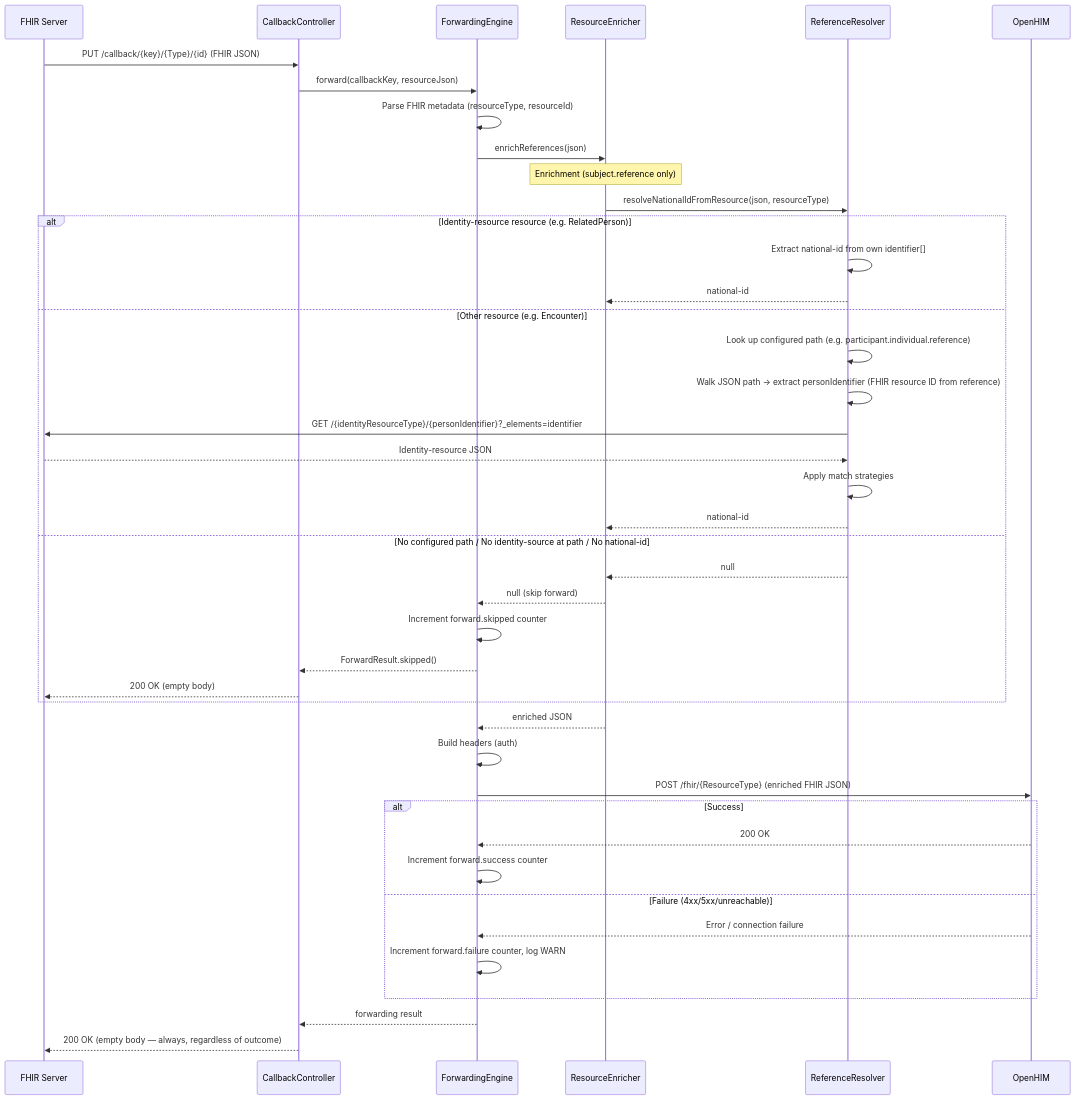
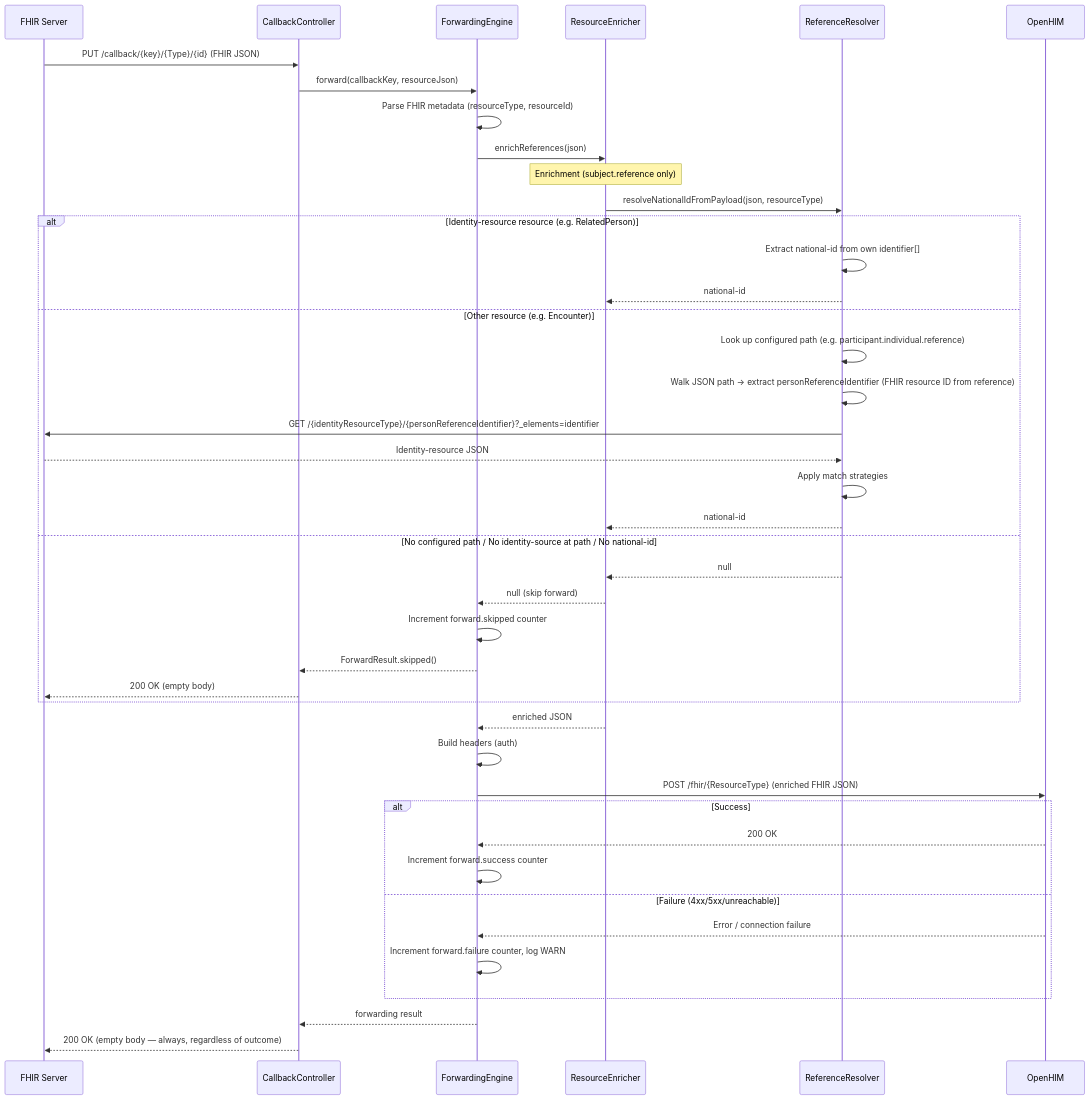
The second of 2 diagrams in docs/architecture.md (ishashankakkasali/fhir-cce-emitter-adaptor), drawn with Mermaid before and after one commit. The commit also changed other lines of this file and 9 other files, not shown here.

Commit message:
update: Rename identity-resource references to person-identity in configuration and code

````diff
--- a/docs/architecture.md
+++ b/docs/architecture.md
@@ -293,47 +293,47 @@
 ```mermaid
 sequenceDiagram
     participant FS as FHIR Server
     participant CB as CallbackController
     participant FE as ForwardingEngine
     participant RE as ResourceEnricher
     participant RR as ReferenceResolver
     participant T as OpenHIM
 
     FS->>CB: PUT /callback/{key}/{Type}/{id} (FHIR JSON)
     CB->>FE: forward(callbackKey, resourceJson)
     FE->>FE: Parse FHIR metadata (resourceType, resourceId)
     FE->>RE: enrichReferences(json)
 
     Note over RE: Enrichment (subject.reference only)
-    RE->>RR: resolveNationalIdFromResource(json, resourceType)
+    RE->>RR: resolveNationalIdFromPayload(json, resourceType)
     alt Identity-resource resource (e.g. RelatedPerson)
         RR->>RR: Extract national-id from own identifier[]
         RR-->>RE: national-id
     else Other resource (e.g. Encounter)
         RR->>RR: Look up configured path (e.g. participant.individual.reference)
-        RR->>RR: Walk JSON path → extract personIdentifier (FHIR resource ID from reference)
-        RR->>FS: GET /{identityResourceType}/{personIdentifier}?_elements=identifier
+        RR->>RR: Walk JSON path → extract personReferenceIdentifier (FHIR resource ID from reference)
+        RR->>FS: GET /{identityResourceType}/{personReferenceIdentifier}?_elements=identifier
         FS-->>RR: Identity-resource JSON
         RR->>RR: Apply match strategies
         RR-->>RE: national-id
     else No configured path / No identity-source at path / No national-id
         RR-->>RE: null
         RE-->>FE: null (skip forward)
         FE->>FE: Increment forward.skipped counter
         FE-->>CB: ForwardResult.skipped()
         CB-->>FS: 200 OK (empty body)
     end
 
     RE-->>FE: enriched JSON
     FE->>FE: Build headers (auth)
     FE->>T: POST /fhir/{ResourceType} (enriched FHIR JSON)
     alt Success
         T-->>FE: 200 OK
         FE->>FE: Increment forward.success counter
     else Failure (4xx/5xx/unreachable)
         T-->>FE: Error / connection failure
         FE->>FE: Increment forward.failure counter, log WARN
     end
     FE-->>CB: forwarding result
     CB-->>FS: 200 OK (empty body — always, regardless of outcome)
 ```
````
